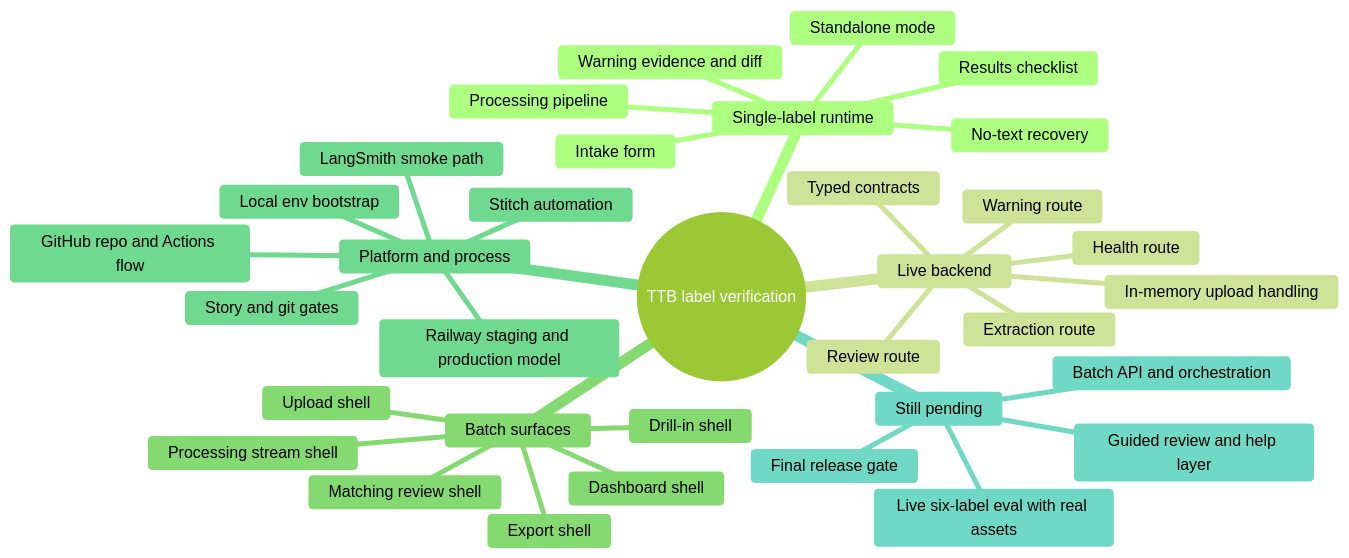
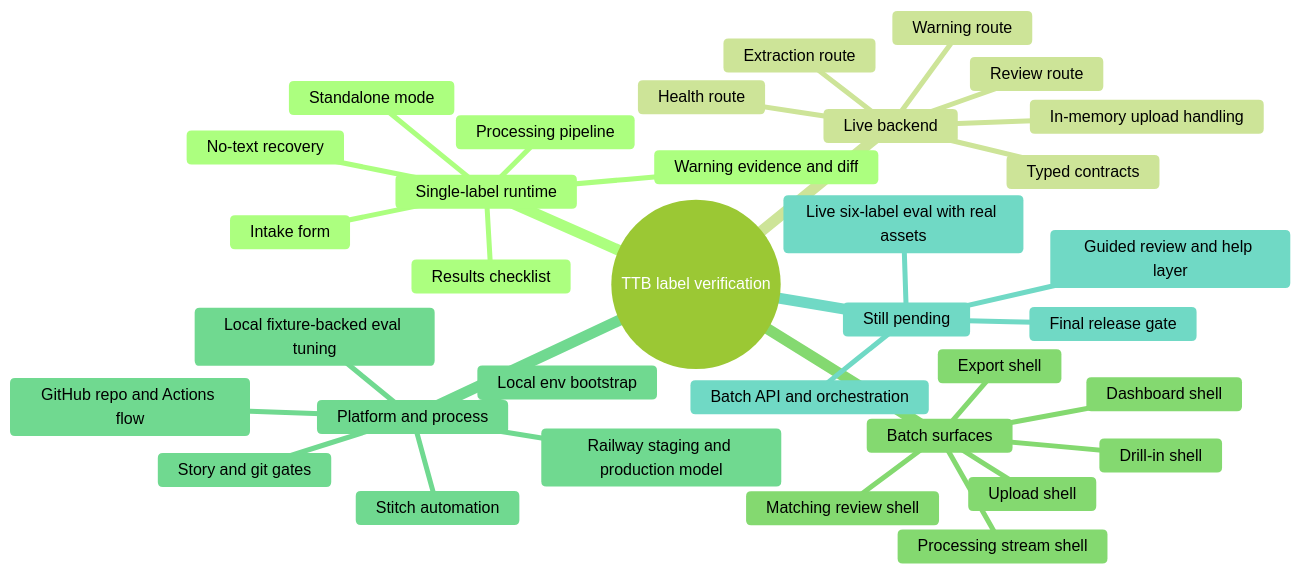
The third of 3 diagrams in docs/reference/prr-2026-04-13-built-so-far.md (thisisyoussef/ttb-label-verification), drawn with Mermaid (forest theme) before and after one commit. The commit also changed other lines of this file and 75 other files, not shown here.

Commit message:
feat(TTB-210): add relevance preflight and local eval path

````diff
--- a/docs/reference/prr-2026-04-13-built-so-far.md
+++ b/docs/reference/prr-2026-04-13-built-so-far.md
@@ -124,37 +124,37 @@
 ```mermaid
 mindmap
   root((TTB label verification))
     Single-label runtime
       Intake form
       Processing pipeline
       Results checklist
       Standalone mode
       No-text recovery
       Warning evidence and diff
     Live backend
       Health route
       Review route
       Extraction route
       Warning route
       Typed contracts
       In-memory upload handling
     Batch surfaces
       Upload shell
       Matching review shell
       Processing stream shell
       Dashboard shell
       Drill-in shell
       Export shell
     Platform and process
       GitHub repo and Actions flow
       Railway staging and production model
       Local env bootstrap
       Stitch automation
-      LangSmith smoke path
+      Local fixture-backed eval tuning
       Story and git gates
     Still pending
       Batch API and orchestration
       Guided review and help layer
       Final release gate
       Live six-label eval with real assets
 ```
````
